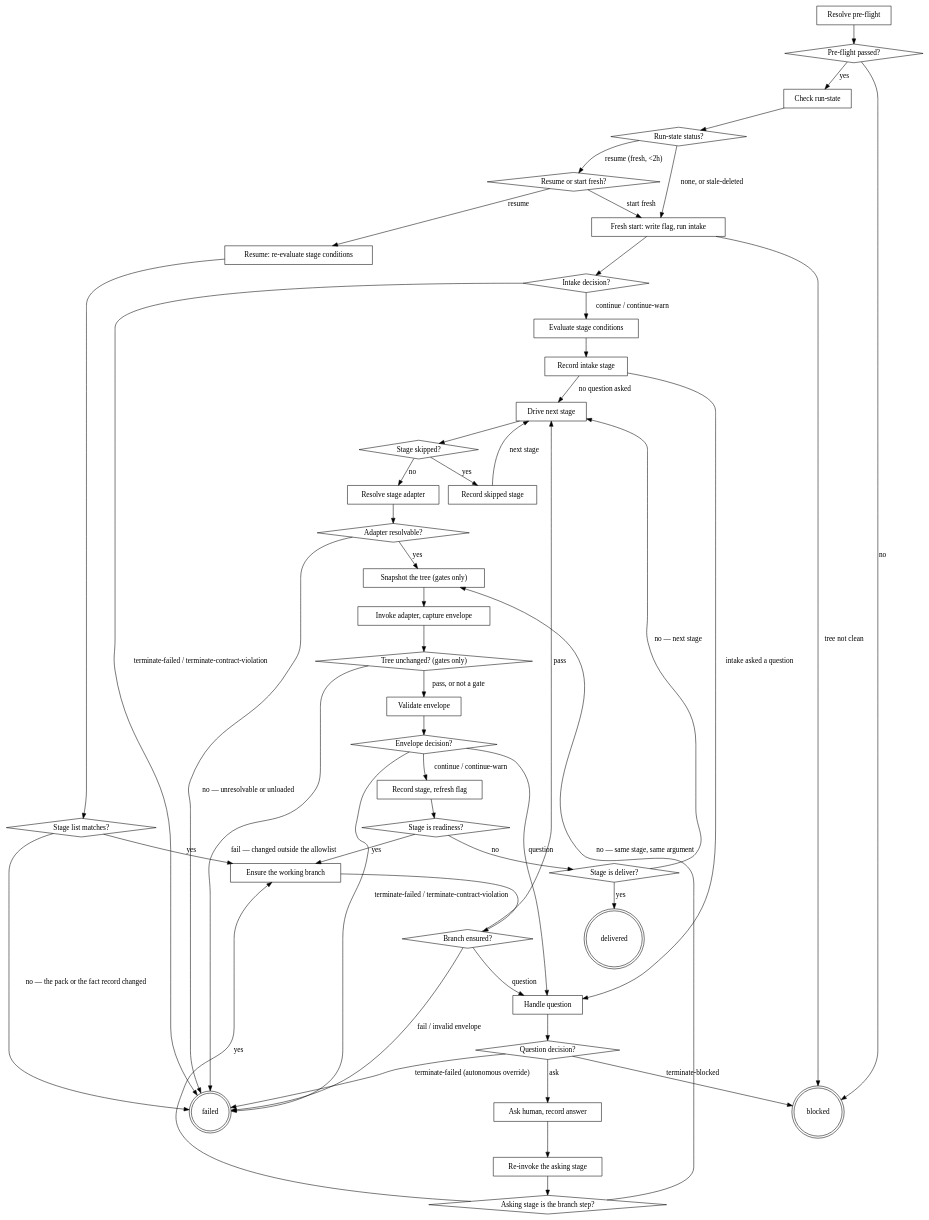
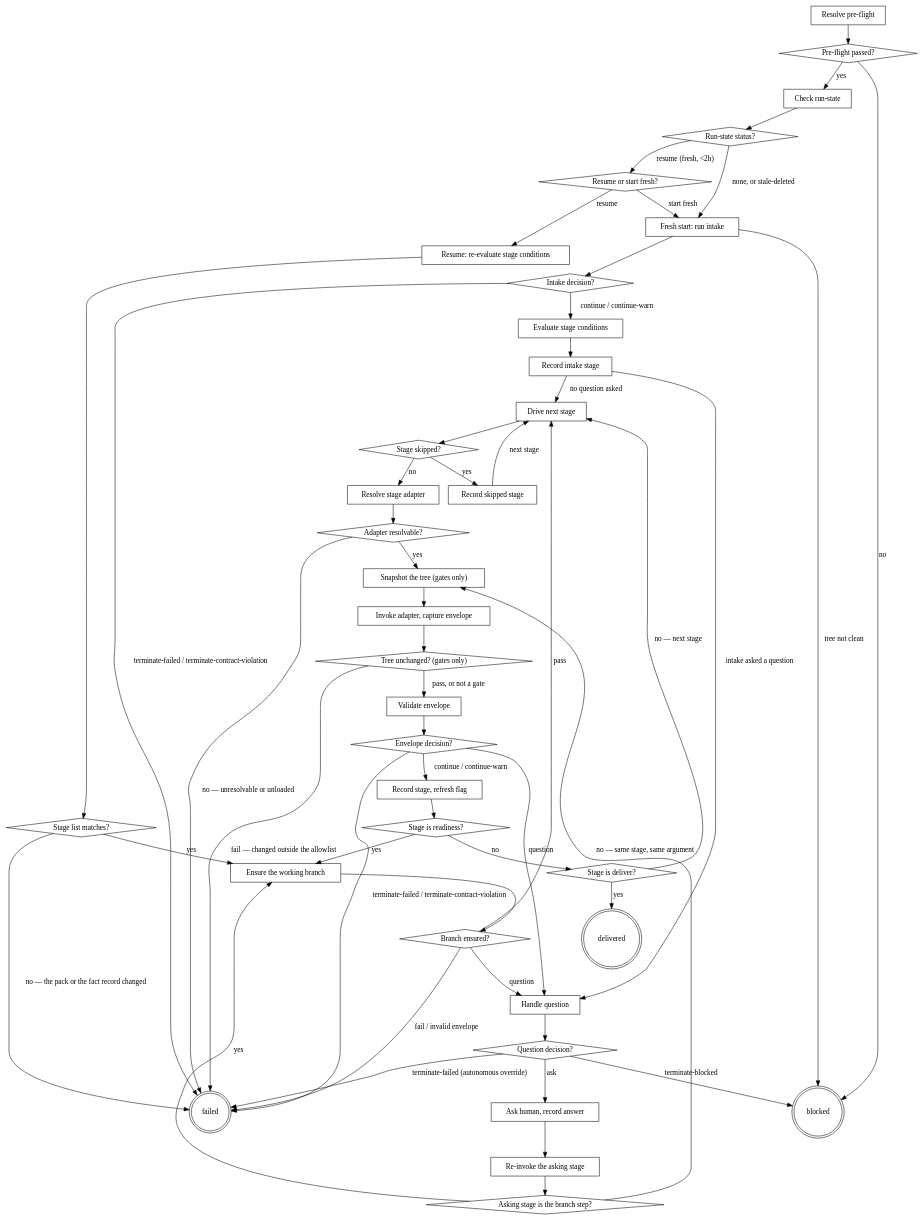
The diagram in plugins/agentic-core/skills/run-route/SKILL.md (agenticDraft/aem-eds-ai-workflow-demo), drawn with Graphviz before and after one commit. The commit also changed other lines of this file and 3 other files, not shown here.

First line of the commit message:
The orchestration marker is first written with the first run state, never before intake

```diff
--- a/plugins/agentic-core/skills/run-route/SKILL.md
+++ b/plugins/agentic-core/skills/run-route/SKILL.md
@@ -230,7 +230,7 @@
     "Check run-state" [shape=box];
     "Run-state status?" [shape=diamond];
     "Resume or start fresh?" [shape=diamond];
-    "Fresh start: write flag, run intake" [shape=box];
+    "Fresh start: run intake" [shape=box];
     "Intake decision?" [shape=diamond];
     "Evaluate stage conditions" [shape=box];
     "Record intake stage" [shape=box];
@@ -265,11 +265,11 @@
     "Pre-flight passed?" -> "Check run-state" [label="yes"];
     "Check run-state" -> "Run-state status?";
     "Run-state status?" -> "Resume or start fresh?" [label="resume (fresh, <2h)"];
-    "Run-state status?" -> "Fresh start: write flag, run intake" [label="none, or stale-deleted"];
+    "Run-state status?" -> "Fresh start: run intake" [label="none, or stale-deleted"];
     "Resume or start fresh?" -> "Resume: re-evaluate stage conditions" [label="resume"];
-    "Resume or start fresh?" -> "Fresh start: write flag, run intake" [label="start fresh"];
-    "Fresh start: write flag, run intake" -> "blocked" [label="tree not clean"];
-    "Fresh start: write flag, run intake" -> "Intake decision?";
+    "Resume or start fresh?" -> "Fresh start: run intake" [label="start fresh"];
+    "Fresh start: run intake" -> "blocked" [label="tree not clean"];
+    "Fresh start: run intake" -> "Intake decision?";
     "Intake decision?" -> "failed" [label="terminate-failed / terminate-contract-violation"];
     "Intake decision?" -> "Evaluate stage conditions" [label="continue / continue-warn"];
     "Evaluate stage conditions" -> "Record intake stage";
```
